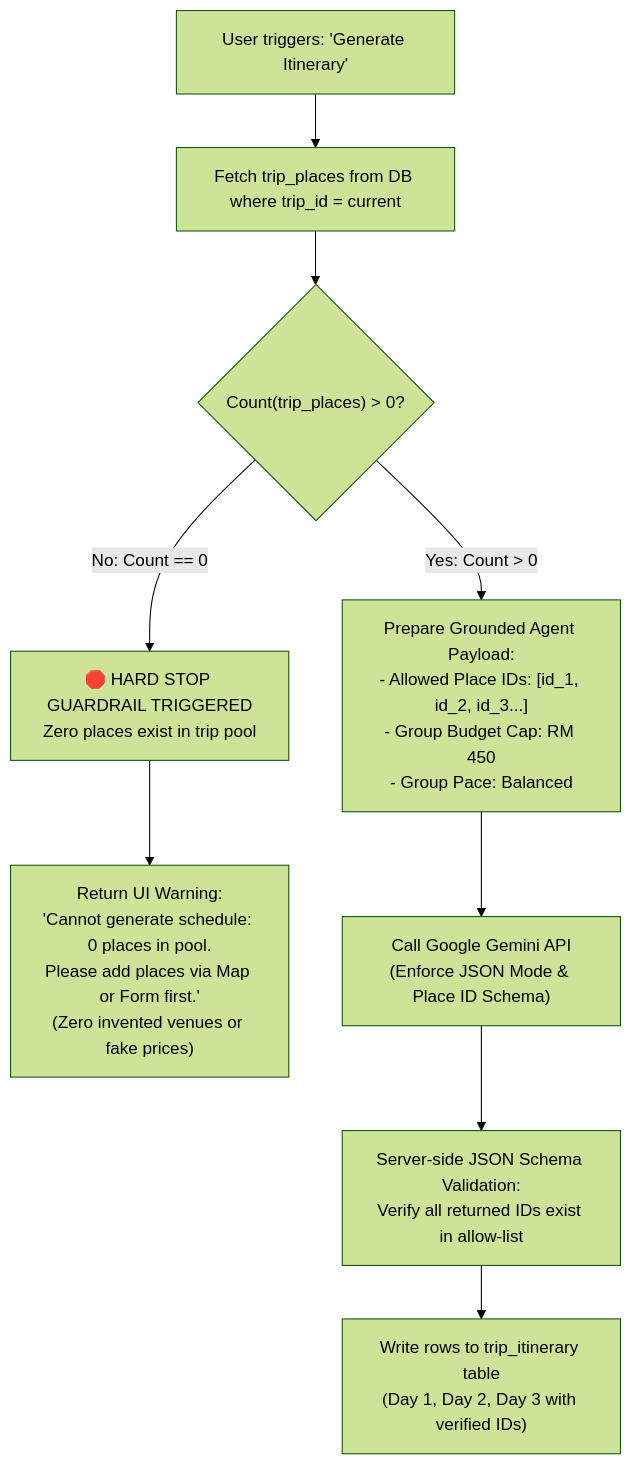
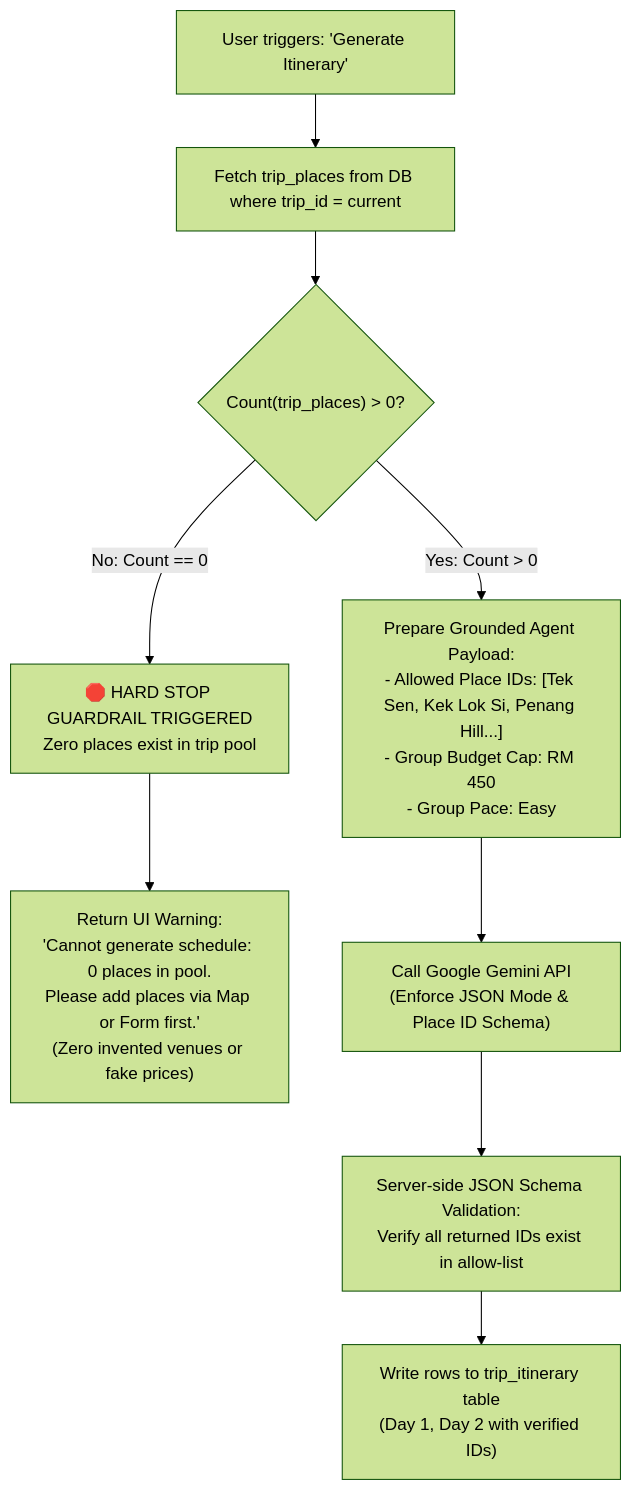
The seventh of 15 diagrams in README.md (nlzce/We-are-the-champions_Plan-B), drawn with Mermaid (forest theme) before and after one commit. The commit also changed other lines of this file, not shown here.

Commit message:
docs: align README structure, key screens, and user flow exactly with Figma UI design

````diff
--- a/README.md
+++ b/README.md
@@ -358,13 +361,13 @@
 ```mermaid
 flowchart TD
   Trigger["User triggers: 'Generate Itinerary'"] --> FetchPlaces["Fetch trip_places from DB where trip_id = current"]
   FetchPlaces --> CountCheck{"Count(trip_places) > 0?"}
 
   CountCheck -->|No: Count == 0| HaltBranch["🛑 HARD STOP GUARDRAIL TRIGGERED<br/>Zero places exist in trip pool"]
   HaltBranch --> HaltResponse["Return UI Warning:<br/>'Cannot generate schedule: 0 places in pool.<br/>Please add places via Map or Form first.'<br/>(Zero invented venues or fake prices)"]
 
-  CountCheck -->|Yes: Count > 0| PreparePayload["Prepare Grounded Agent Payload:<br/>- Allowed Place IDs: [id_1, id_2, id_3...]<br/>- Group Budget Cap: RM 450<br/>- Group Pace: Balanced"]
+  CountCheck -->|Yes: Count > 0| PreparePayload["Prepare Grounded Agent Payload:<br/>- Allowed Place IDs: [Tek Sen, Kek Lok Si, Penang Hill...]<br/>- Group Budget Cap: RM 450<br/>- Group Pace: Easy"]
   PreparePayload --> GeminiCall["Call Google Gemini API<br/>(Enforce JSON Mode & Place ID Schema)"]
   GeminiCall --> ValidateJSON["Server-side JSON Schema Validation:<br/>Verify all returned IDs exist in allow-list"]
-  ValidateJSON --> WriteDays["Write rows to trip_itinerary table<br/>(Day 1, Day 2, Day 3 with verified IDs)"]
+  ValidateJSON --> WriteDays["Write rows to trip_itinerary table<br/>(Day 1, Day 2 with verified IDs)"]
 ```
````
